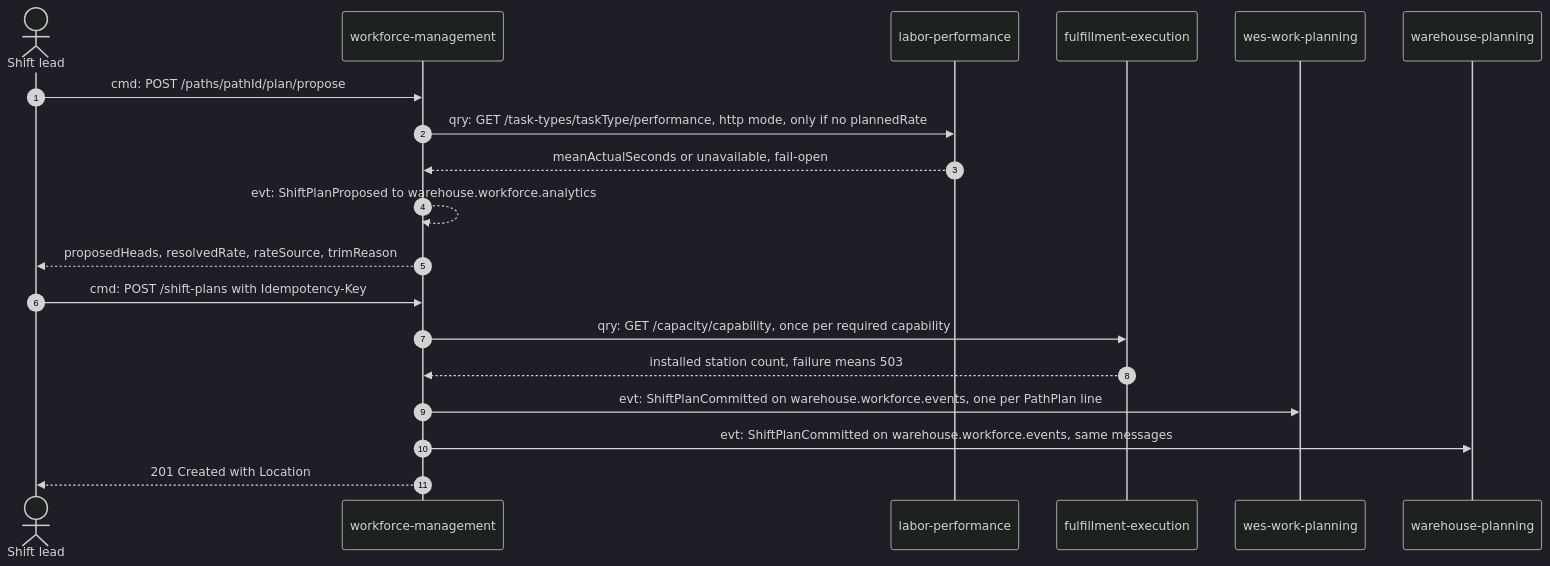
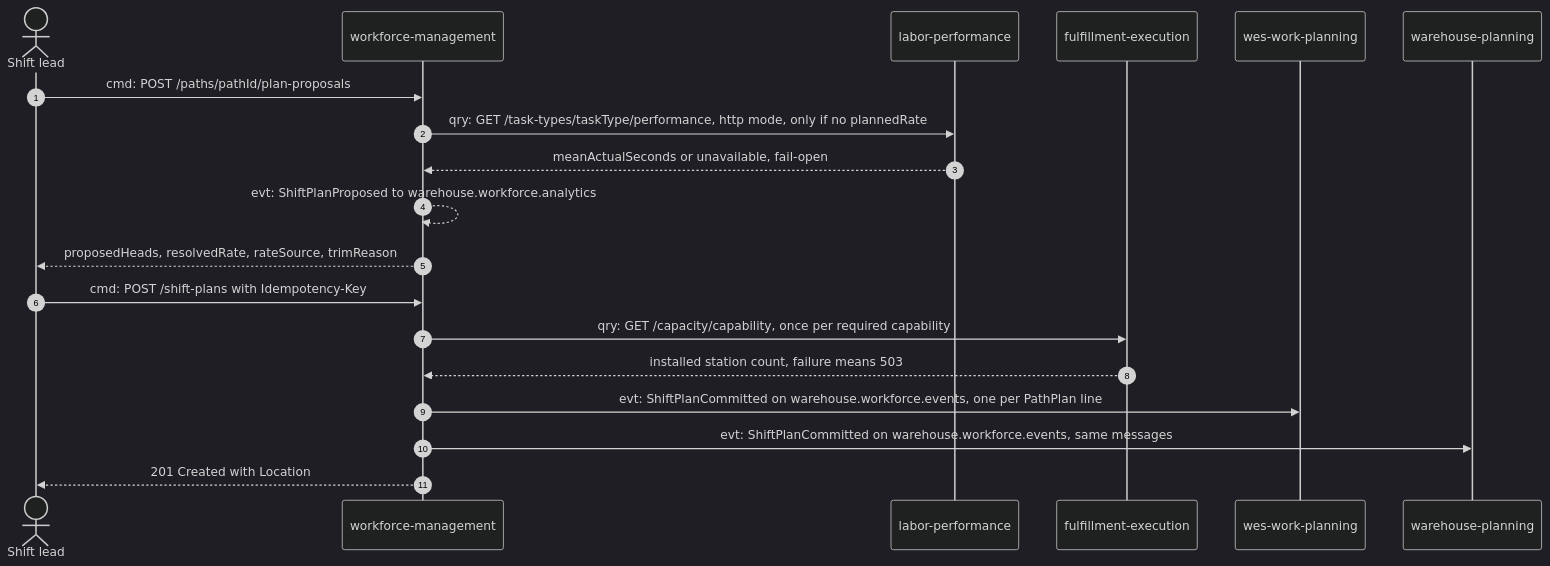
One commit to IQVO/warehouse-docs changed the first of 4 diagrams in docs/contexts/workforce-management/domain-message-flow.md. Above: the diagram before and after it, drawn with Mermaid (dark theme). The commit also changed other lines of this file and 272 other files, not shown here.

````diff
--- a/docs/contexts/workforce-management/domain-message-flow.md
+++ b/docs/contexts/workforce-management/domain-message-flow.md
@@ -28,21 +28,21 @@
 ```mermaid
 sequenceDiagram
     autonumber
     actor Lead as Shift lead
     participant WFM as workforce-management
     participant LP as labor-performance
     participant FE as fulfillment-execution
     participant WP as wes-work-planning
     participant PL as warehouse-planning
-    Lead->>WFM: cmd: POST /paths/pathId/plan/propose
+    Lead->>WFM: cmd: POST /paths/pathId/plan-proposals
     WFM->>LP: qry: GET /task-types/taskType/performance, http mode, only if no plannedRate
     LP-->>WFM: meanActualSeconds or unavailable, fail-open
     WFM-->>WFM: evt: ShiftPlanProposed to warehouse.workforce.analytics
     WFM-->>Lead: proposedHeads, resolvedRate, rateSource, trimReason
     Lead->>WFM: cmd: POST /shift-plans with Idempotency-Key
     WFM->>FE: qry: GET /capacity/capability, once per required capability
     FE-->>WFM: installed station count, failure means 503
     WFM->>WP: evt: ShiftPlanCommitted on warehouse.workforce.events, one per PathPlan line
     WFM->>PL: evt: ShiftPlanCommitted on warehouse.workforce.events, same messages
     WFM-->>Lead: 201 Created with Location
 ```
````
